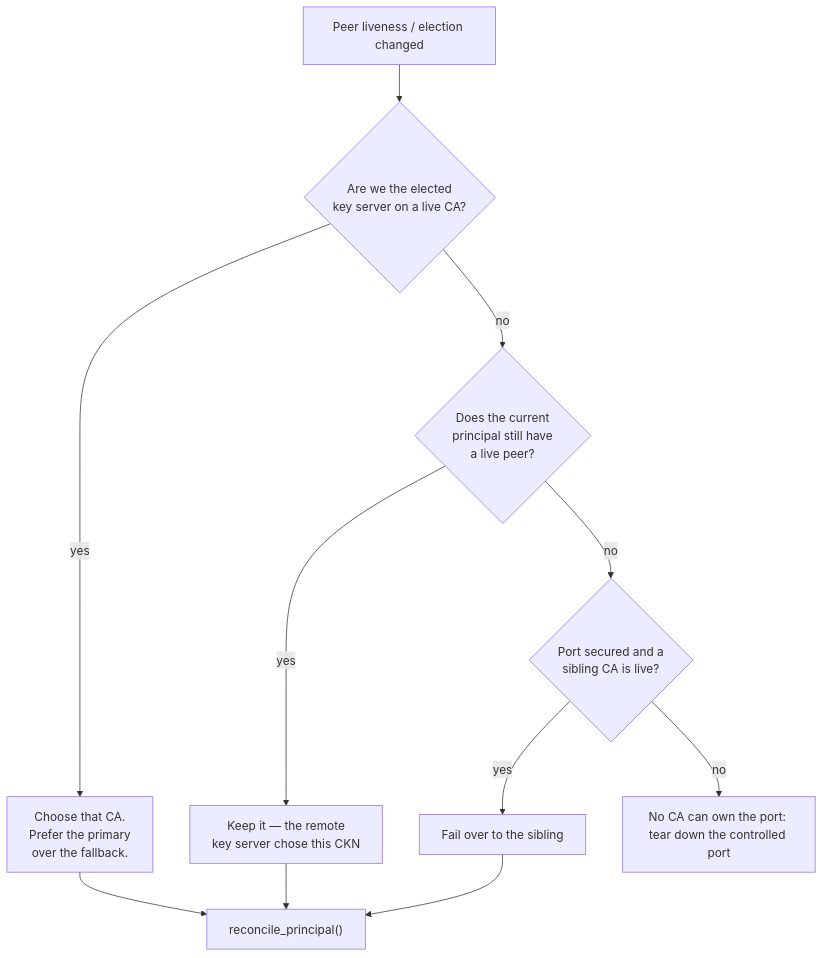
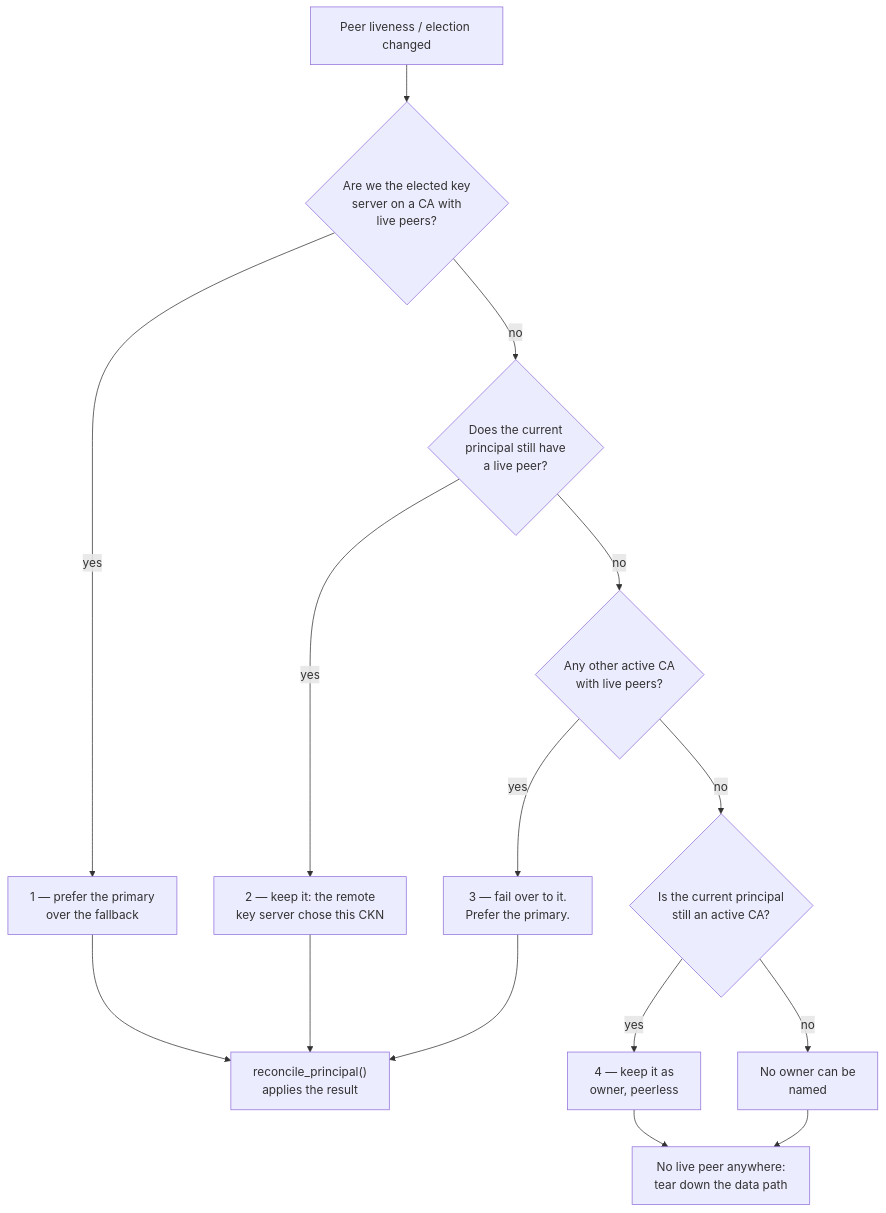
One commit to sonic-net/SONiC changed the third of 6 diagrams in doc/macsec/MACsec_fallback_cak_hld.md. Above: the diagram before and after it, drawn with Mermaid. The commit also changed other lines of this file, not shown here.

````diff
--- a/doc/macsec/MACsec_fallback_cak_hld.md
+++ b/doc/macsec/MACsec_fallback_cak_hld.md
@@ -165,13 +186,17 @@
 ```mermaid
 flowchart TD
-  A["Peer liveness / election changed"] --> B{"Are we the elected <br/>key server on a live CA?"}
-  B -- yes --> C["Choose that CA. <br/>Prefer the primary <br/>over the fallback."]
+  A["Peer liveness / election changed"] --> B{"Are we the elected key <br/>server on a CA with <br/>live peers?"}
+  B -- yes --> C["1 — prefer the primary <br/>over the fallback"]
   B -- no --> D{"Does the current <br/>principal still have <br/>a live peer?"}
-  D -- yes --> E["Keep it — the remote <br/>key server chose this CKN"]
-  D -- no --> F{"Port secured and a <br/>sibling CA is live?"}
-  F -- yes --> G["Fail over to the sibling"]
-  F -- no --> H["No CA can own the port: <br/>tear down the controlled port"]
-  C --> I["reconcile_principal()"]
-  E --> I
-  G --> I
+  D -- yes --> E["2 — keep it: the remote <br/>key server chose this CKN"]
+  D -- no --> F{"Any other active CA <br/>with live peers?"}
+  F -- yes --> G["3 — fail over to it. <br/>Prefer the primary."]
+  F -- no --> H{"Is the current principal <br/>still an active CA?"}
+  H -- yes --> I["4 — keep it as <br/>owner, peerless"]
+  H -- no --> J["No owner can be <br/>named"]
+  C --> K["reconcile_principal() <br/>applies the result"]
+  E --> K
+  G --> K
+  I --> L["No live peer anywhere: <br/>tear down the data path"]
+  J --> L
 ```
````
